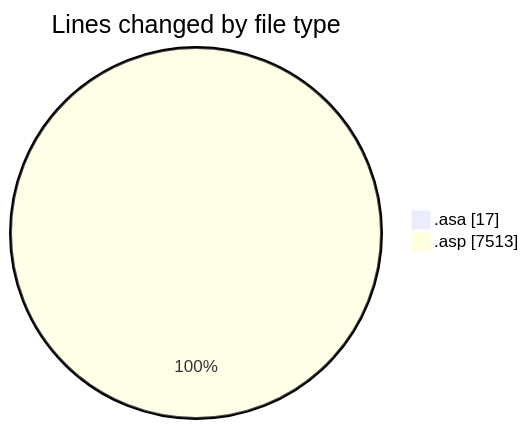
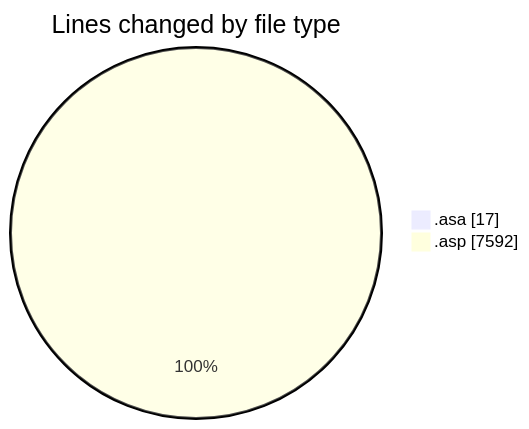
One commit to julien-gomy/code-tracking changed the first of 2 diagrams in 2025-11-06/usr_aleoudev_fr__workspace_/README.md. Above: the diagram before and after it, drawn with Mermaid. The commit also changed other lines of this file and 1 other file, not shown here.

````diff
--- a/2025-11-06/usr_aleoudev_fr__workspace_/README.md
+++ b/2025-11-06/usr_aleoudev_fr__workspace_/README.md
@@ -24,6 +24,6 @@
 ```mermaid
 pie showData
 title Lines changed by file type
 ".asa" : 17
-".asp" : 7513
+".asp" : 7592
 ```
````
